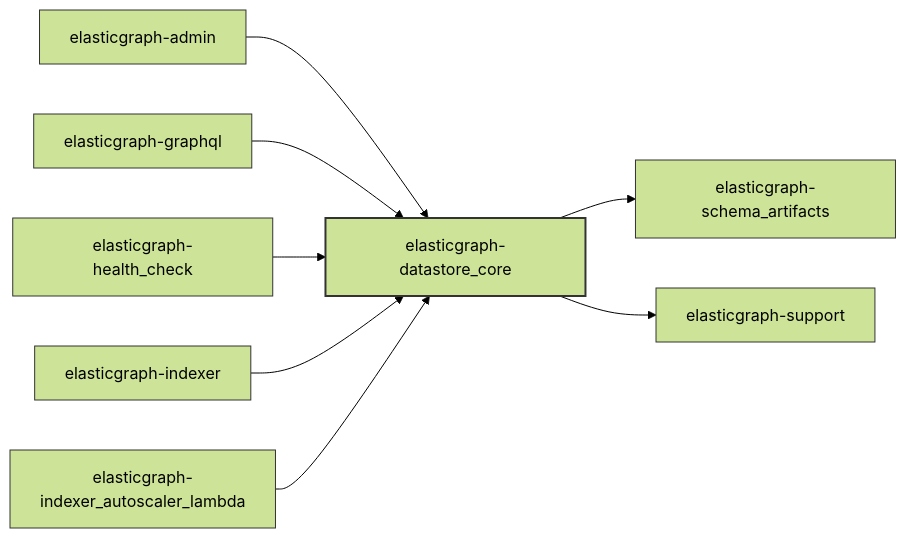
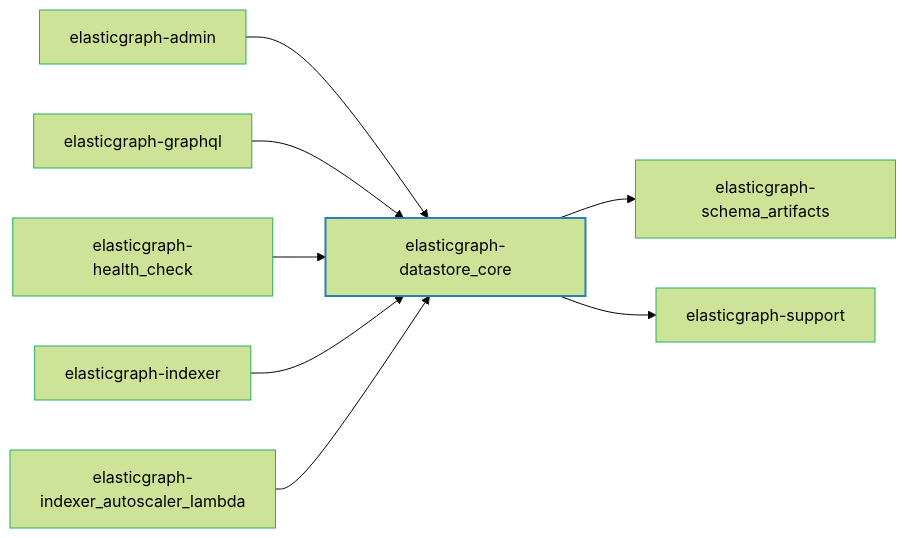
The diagram in elasticgraph-datastore_core/README.md (block/elasticgraph), drawn with Mermaid (forest theme) before and after one commit. The commit also changed 21 other files, not shown here.

````diff
--- a/elasticgraph-datastore_core/README.md
+++ b/elasticgraph-datastore_core/README.md
@@ -7,22 +7,26 @@
 ```mermaid
 graph LR;
+    elasticgraph-datastore_core["elasticgraph-datastore_core"];
+    elasticgraph-schema_artifacts["elasticgraph-schema_artifacts"];
     elasticgraph-datastore_core --> elasticgraph-schema_artifacts;
+    elasticgraph-support["elasticgraph-support"];
     elasticgraph-datastore_core --> elasticgraph-support;
+    elasticgraph-admin["elasticgraph-admin"];
     elasticgraph-admin --> elasticgraph-datastore_core;
+    elasticgraph-graphql["elasticgraph-graphql"];
     elasticgraph-graphql --> elasticgraph-datastore_core;
+    elasticgraph-health_check["elasticgraph-health_check"];
     elasticgraph-health_check --> elasticgraph-datastore_core;
+    elasticgraph-indexer["elasticgraph-indexer"];
     elasticgraph-indexer --> elasticgraph-datastore_core;
+    elasticgraph-indexer_autoscaler_lambda["elasticgraph-indexer_autoscaler_lambda"];
     elasticgraph-indexer_autoscaler_lambda --> elasticgraph-datastore_core;
-    classDef currentGemStyle fill:#lightblue,stroke:#333,stroke-width:2px;
-    classDef internalEgGemStyle fill:#lightgreen,stroke:#333,stroke-width:1px;
-    classDef externalGemStyle fill:#lightcoral,stroke:#333,stroke-width:1px;
-    classDef placeholderNodeStyle fill:#eee,stroke:#333,stroke-width:1px;
-    class elasticgraph-datastore_core currentGemStyle;
-    class elasticgraph-schema_artifacts internalEgGemStyle;
-    class elasticgraph-support internalEgGemStyle;
-    class elasticgraph-admin internalEgGemStyle;
-    class elasticgraph-graphql internalEgGemStyle;
-    class elasticgraph-health_check internalEgGemStyle;
-    class elasticgraph-indexer internalEgGemStyle;
-    class elasticgraph-indexer_autoscaler_lambda internalEgGemStyle;
+    style elasticgraph-datastore_core fill:#lightblue,stroke:#2980b9,stroke-width:2px,color:#000;
+    style elasticgraph-schema_artifacts fill:#lightgreen,stroke:#27ae60,stroke-width:1px,color:#000;
+    style elasticgraph-support fill:#lightgreen,stroke:#27ae60,stroke-width:1px,color:#000;
+    style elasticgraph-admin fill:#lightgreen,stroke:#27ae60,stroke-width:1px,color:#000;
+    style elasticgraph-graphql fill:#lightgreen,stroke:#27ae60,stroke-width:1px,color:#000;
+    style elasticgraph-health_check fill:#lightgreen,stroke:#27ae60,stroke-width:1px,color:#000;
+    style elasticgraph-indexer fill:#lightgreen,stroke:#27ae60,stroke-width:1px,color:#000;
+    style elasticgraph-indexer_autoscaler_lambda fill:#lightgreen,stroke:#27ae60,stroke-width:1px,color:#000;
 ```
````
